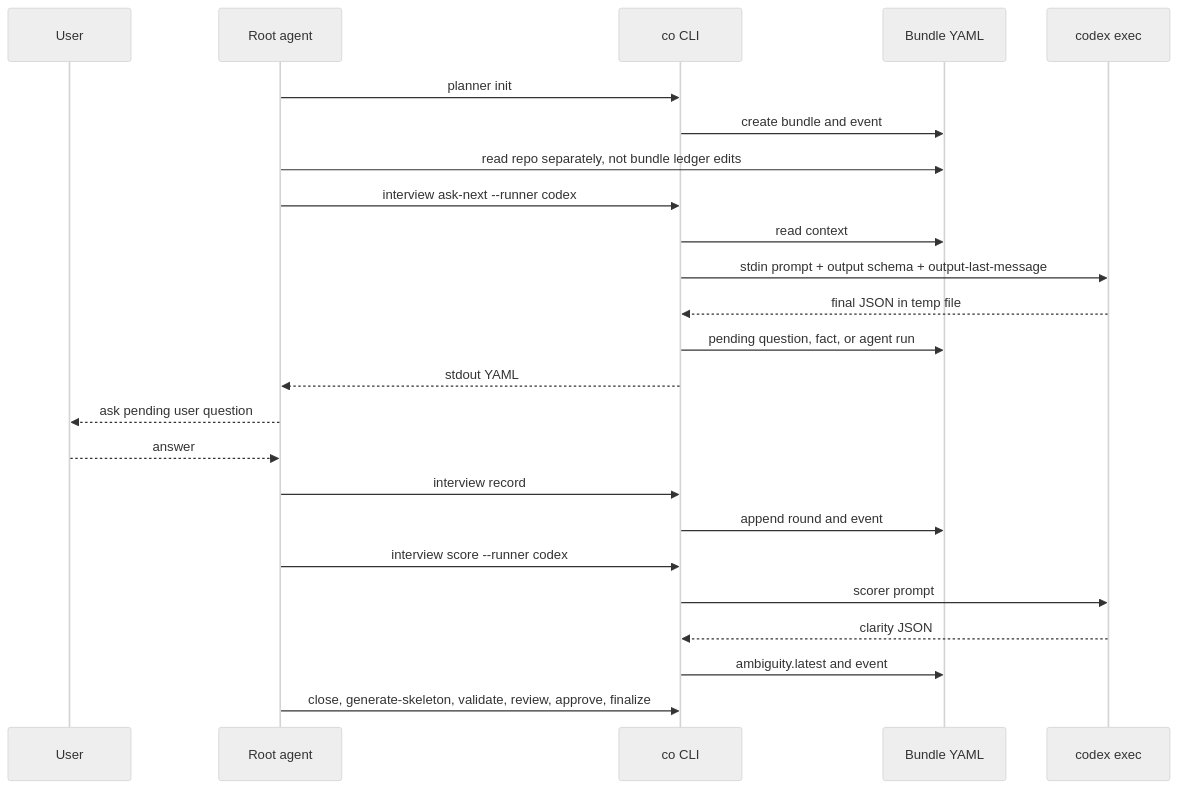
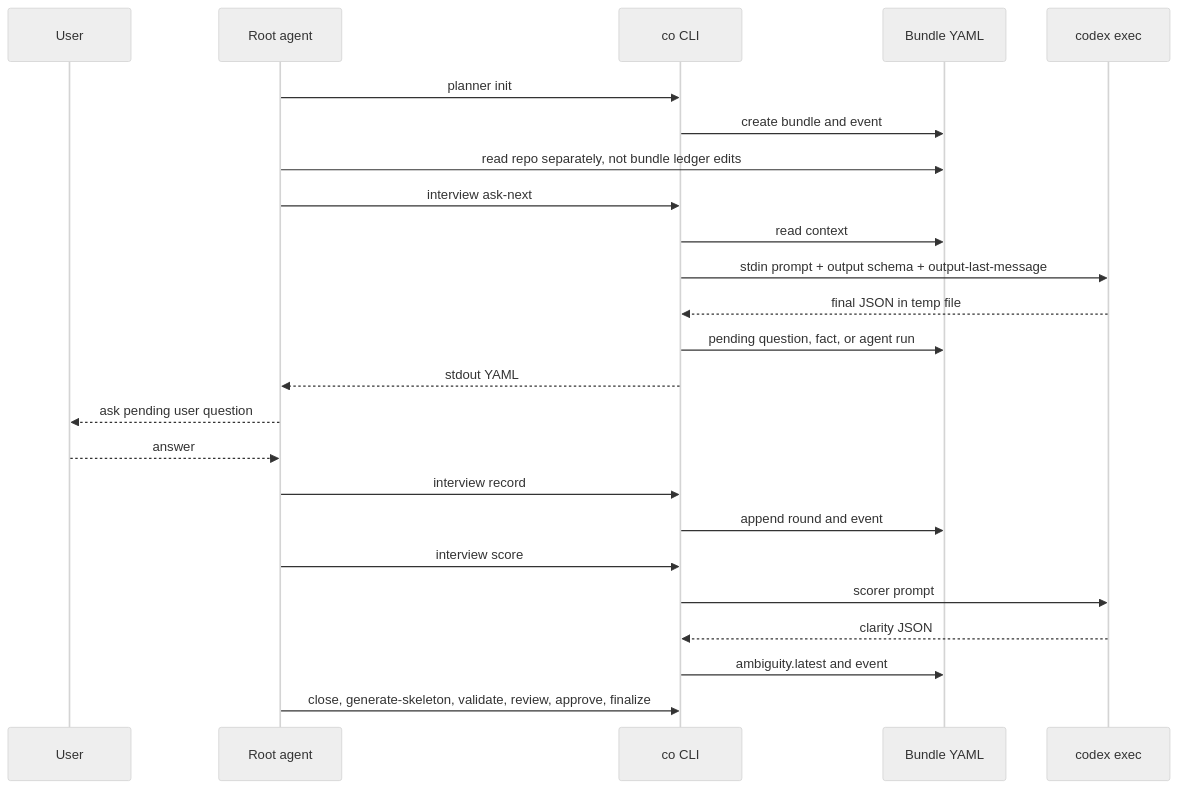
One commit to mym0404/coflow changed the first of 2 diagrams in skills/coplan/README.md. Above: the diagram before and after it, drawn with Mermaid (neutral theme). The commit also changed other lines of this file and 19 other files, not shown here.

````diff
--- a/skills/coplan/README.md
+++ b/skills/coplan/README.md
@@ -177,27 +178,27 @@
 ```mermaid
 sequenceDiagram
   participant User
   participant Root as Root agent
   participant EX as co CLI
   participant Bundle as Bundle YAML
   participant Codex as codex exec
 
   Root->>EX: planner init
   EX->>Bundle: create bundle and event
   Root->>Bundle: read repo separately, not bundle ledger edits
-  Root->>EX: interview ask-next --runner codex
+  Root->>EX: interview ask-next
   EX->>Bundle: read context
   EX->>Codex: stdin prompt + output schema + output-last-message
   Codex-->>EX: final JSON in temp file
   EX->>Bundle: pending question, fact, or agent run
   EX-->>Root: stdout YAML
   Root-->>User: ask pending user question
   User-->>Root: answer
   Root->>EX: interview record
   EX->>Bundle: append round and event
-  Root->>EX: interview score --runner codex
+  Root->>EX: interview score
   EX->>Codex: scorer prompt
   Codex-->>EX: clarity JSON
   EX->>Bundle: ambiguity.latest and event
   Root->>EX: close, generate-skeleton, validate, review, approve, finalize
 ```
````
